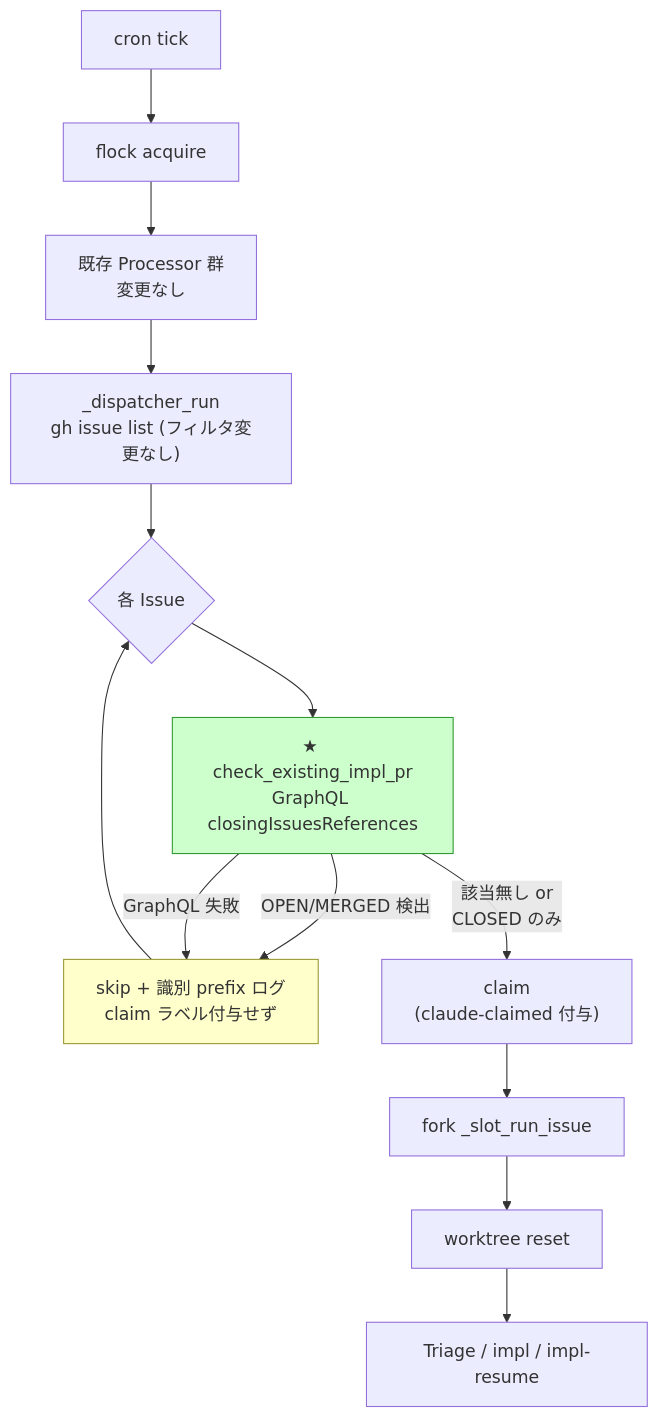
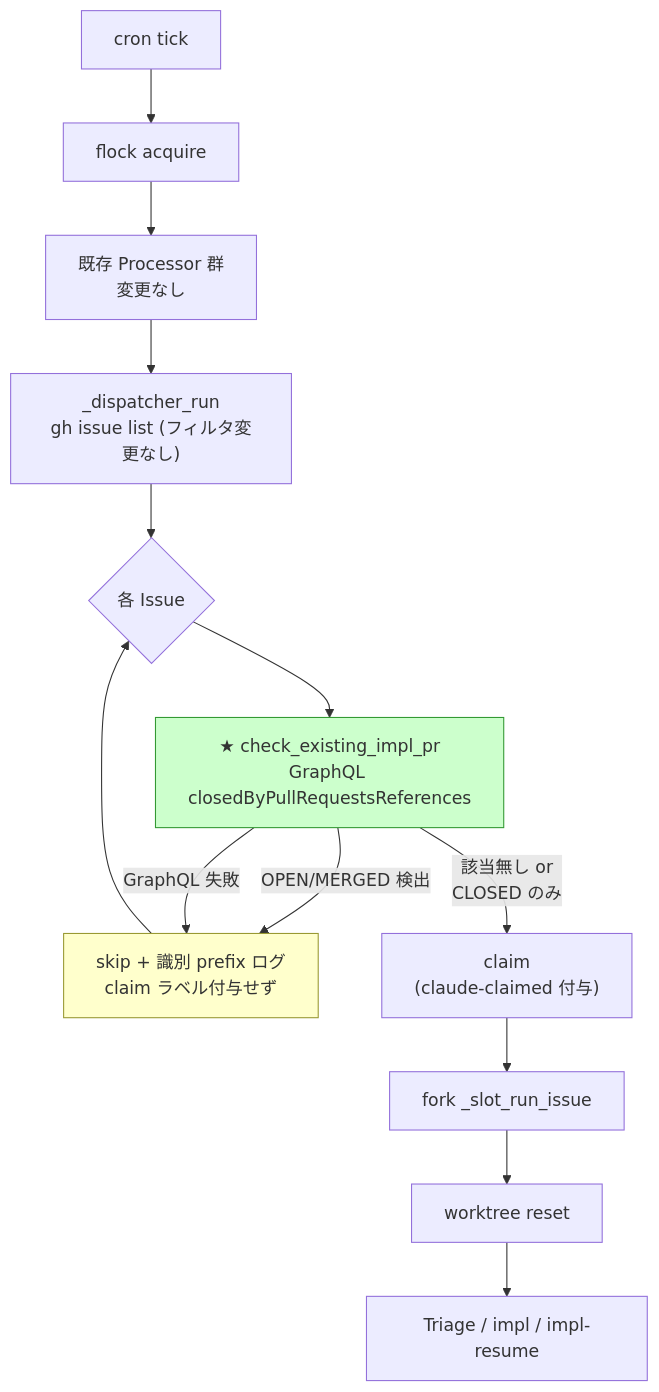
One commit to hitoshiichikawa/idd-claude changed the second of 3 diagrams in docs/specs/65-refactor-watcher-claude-failed-re-pickup/design.md. Above: the diagram before and after it, drawn with Mermaid. The commit also changed other lines of this file and 4 other files, not shown here.

First line of the commit message:
fix(watcher): use closedByPullRequestsReferences for Pre-Claim Filter

````diff
--- a/docs/specs/65-refactor-watcher-claude-failed-re-pickup/design.md
+++ b/docs/specs/65-refactor-watcher-claude-failed-re-pickup/design.md
@@ -127,17 +127,17 @@
 ```mermaid
 flowchart TD
   A[cron tick] --> B[flock acquire]
   B --> C[既存 Processor 群<br/>変更なし]
   C --> D["_dispatcher_run<br/>gh issue list (フィルタ変更なし)"]
   D --> E{各 Issue}
-  E --> F1["★ check_existing_impl_pr<br/>GraphQL closingIssuesReferences"]
+  E --> F1["★ check_existing_impl_pr<br/>GraphQL closedByPullRequestsReferences"]
   F1 -->|OPEN/MERGED 検出| F2["skip + 識別 prefix ログ<br/>claim ラベル付与せず"]
   F1 -->|該当無し or<br/>CLOSED のみ| F3["claim<br/>(claude-claimed 付与)"]
   F1 -->|GraphQL 失敗| F2
   F2 --> E
   F3 --> G[fork _slot_run_issue]
   G --> H[worktree reset]
   H --> I[Triage / impl / impl-resume]
   style F1 fill:#cfc,stroke:#393
   style F2 fill:#ffc,stroke:#993
 ```
````
